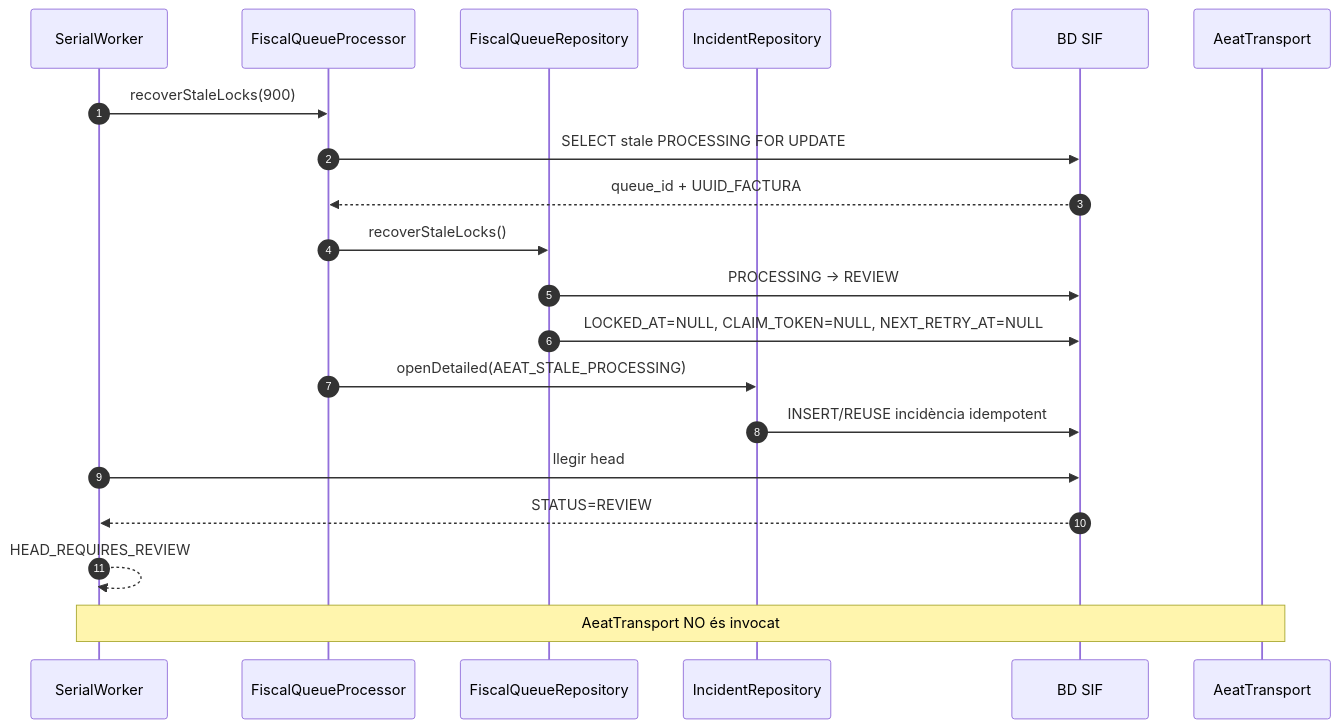
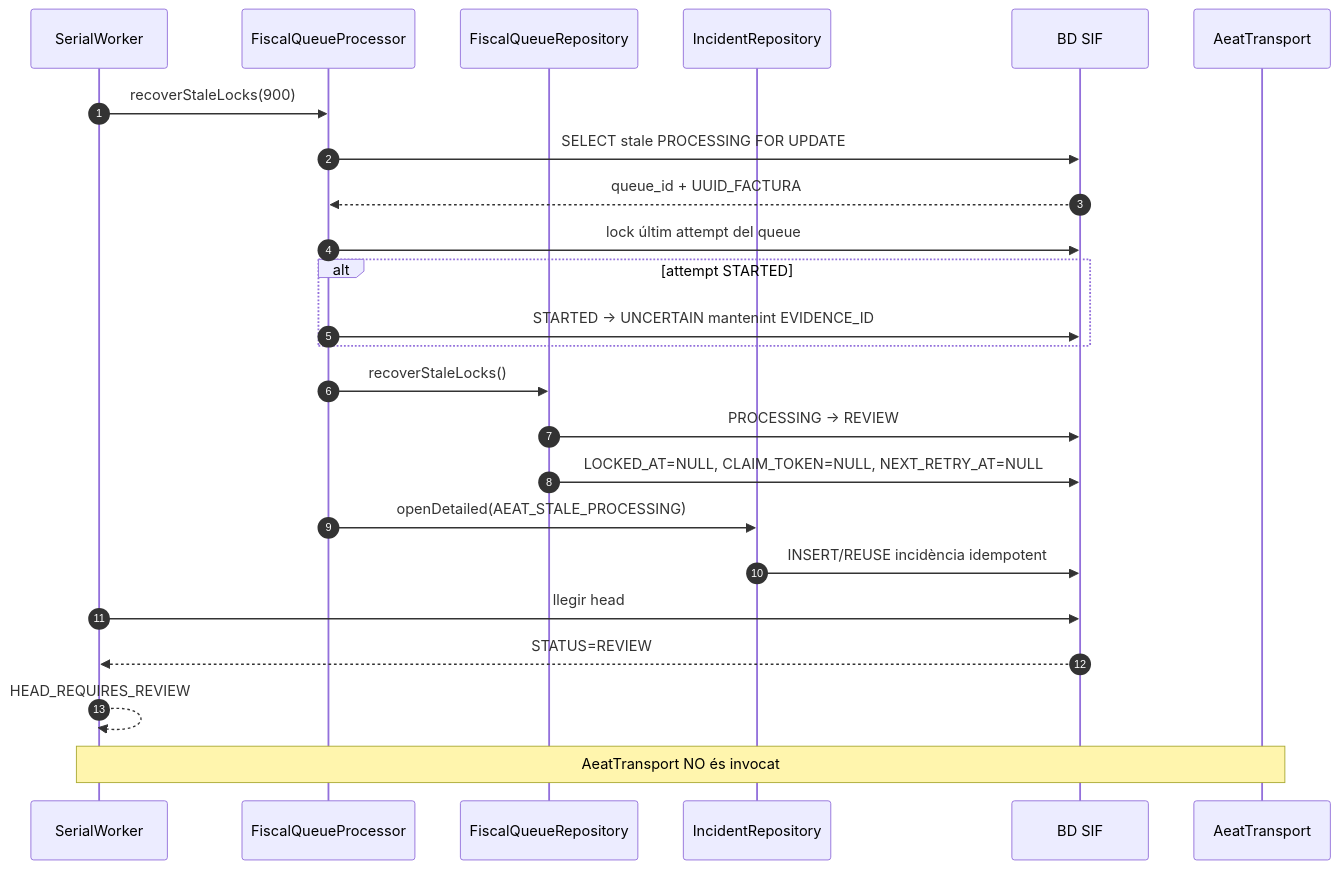
Before and after one commit to orgmeriemprismacat-del/verifactu: the tenth of 11 diagrams in documentacio/07-uml-integrat/uc-009-sequencies-actual-final.md, drawn with Mermaid. The commit also changed other lines of this file, not shown here.

````diff
--- a/documentacio/07-uml-integrat/uc-009-sequencies-actual-final.md
+++ b/documentacio/07-uml-integrat/uc-009-sequencies-actual-final.md
@@ -288,23 +290,27 @@
 ```mermaid
 sequenceDiagram
 autonumber
 participant W as SerialWorker
 participant P as FiscalQueueProcessor
 participant Q as FiscalQueueRepository
 participant I as IncidentRepository
 participant DB as BD SIF
 participant T as AeatTransport
 
 W->>P: recoverStaleLocks(900)
 P->>DB: SELECT stale PROCESSING FOR UPDATE
 DB-->>P: queue_id + UUID_FACTURA
+P->>DB: lock últim attempt del queue
+alt attempt STARTED
+ P->>DB: STARTED -> UNCERTAIN mantenint EVIDENCE_ID
+end
 P->>Q: recoverStaleLocks()
 Q->>DB: PROCESSING -> REVIEW
 Q->>DB: LOCKED_AT=NULL, CLAIM_TOKEN=NULL, NEXT_RETRY_AT=NULL
 P->>I: openDetailed(AEAT_STALE_PROCESSING)
 I->>DB: INSERT/REUSE incidència idempotent
 W->>DB: llegir head
 DB-->>W: STATUS=REVIEW
 W-->>W: HEAD_REQUIRES_REVIEW
 Note over W,T: AeatTransport NO és invocat
 ```
````
